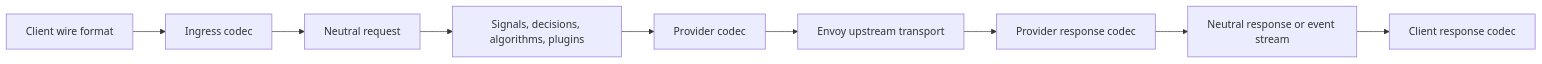
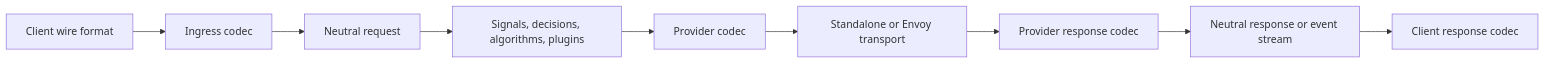
The diagram in website/docs/proposals/multi-protocol-adaptor.md (vllm-project/semantic-router), drawn with Mermaid before and after one commit. The commit also changed other lines of this file and 178 other files, not shown here.

Commit message:
docs: align architecture and guides with the modular runtime (#4775)

````diff
--- a/website/docs/proposals/multi-protocol-adaptor.md
+++ b/website/docs/proposals/multi-protocol-adaptor.md
@@ -22,11 +22,11 @@
 ```mermaid
 flowchart LR
   Client["Client wire format"] --> Ingress["Ingress codec"]
   Ingress --> Request["Neutral request"]
   Request --> Router["Signals, decisions, algorithms, plugins"]
   Router --> Provider["Provider codec"]
-  Provider --> Envoy["Envoy upstream transport"]
-  Envoy --> ProviderResponse["Provider response codec"]
+  Provider --> Transport["Standalone or Envoy transport"]
+  Transport --> ProviderResponse["Provider response codec"]
   ProviderResponse --> Response["Neutral response or event stream"]
   Response --> ClientResponse["Client response codec"]
 ```
````
